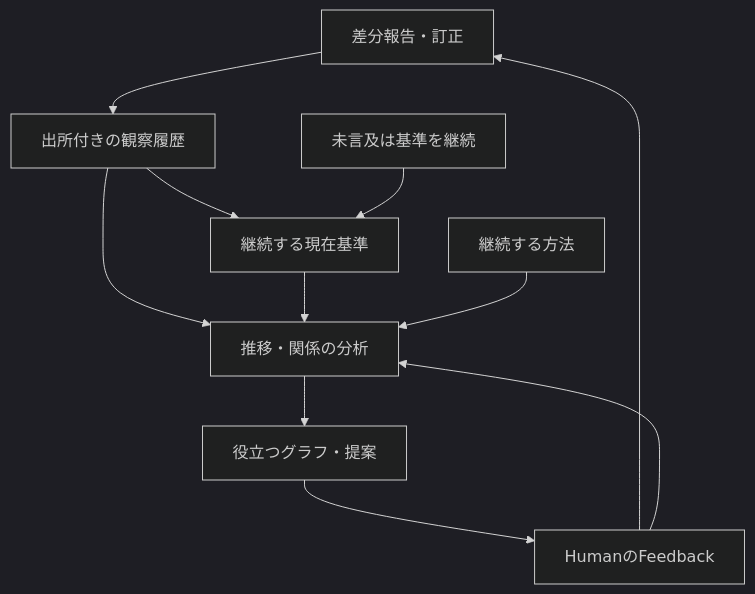
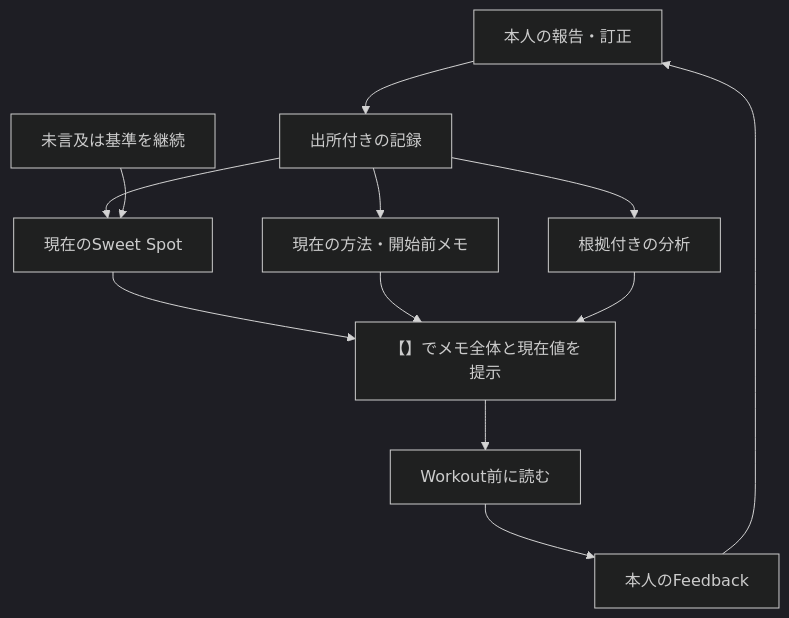
Before and after one commit to yusukefujiijp/ai-project: the diagram in chocozap/README.md, drawn with Mermaid (dark theme). The commit also changed other lines of this file and 5 other files, not shown here.

````diff
--- a/chocozap/README.md
+++ b/chocozap/README.md
@@ -115,13 +127,14 @@
 ```mermaid
 flowchart TD
-  R["差分報告・訂正"] --> O["出所付きの観察履歴"]
-  O --> V["継続する現在基準"]
+  R["本人の報告・訂正"] --> O["出所付きの記録"]
+  O --> V["現在のSweet Spot"]
   P["未言及は基準を継続"] --> V
-  O --> A["推移・関係の分析"]
-  V --> A
-  M["継続する方法"] --> A
-  A --> G["役立つグラフ・提案"]
-  G --> F["HumanのFeedback"]
+  O --> M["現在の方法・開始前メモ"]
+  V --> D["【】でメモ全体と現在値を提示"]
+  M --> D
+  D --> U["Workout前に読む"]
+  U --> F["本人のFeedback"]
   F --> R
-  F --> A
+  O --> A["根拠付きの分析"]
+  A --> D
 ```
````
